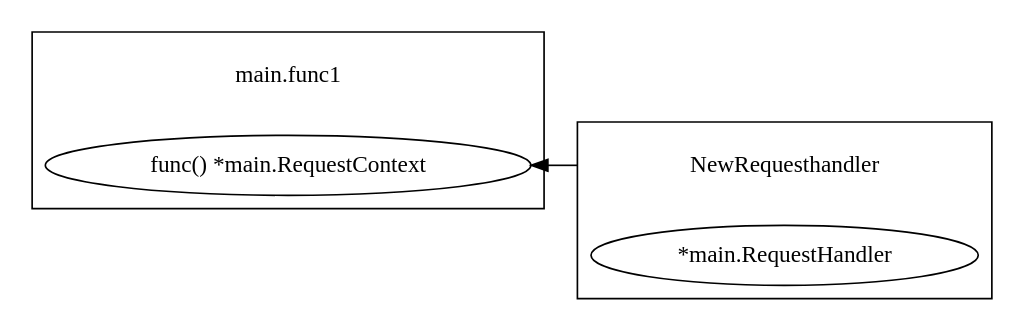
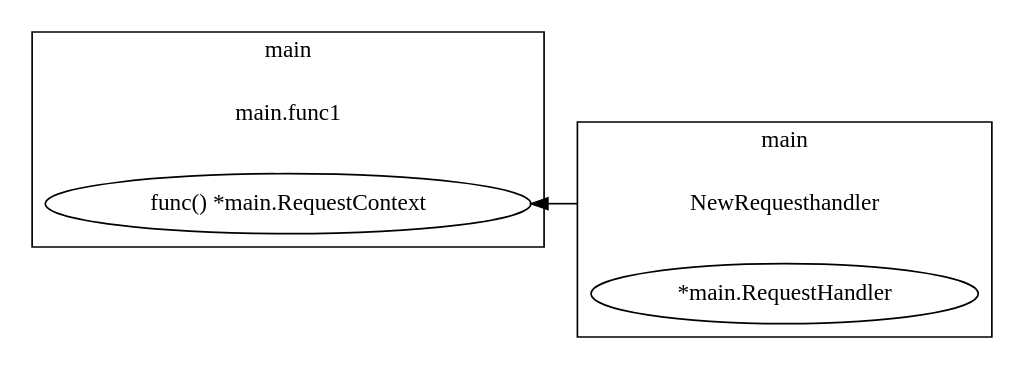
Before and after one commit to minhnq0702/golang-test-and-tips: the diagram in dependency-injection/lazy-dig/dig.gv, drawn with Graphviz. The commit also changed 1 other file, not shown here.

```diff
--- a/dependency-injection/lazy-dig/dig.gv
+++ b/dependency-injection/lazy-dig/dig.gv
@@ -1,24 +1,26 @@
 digraph {
 	rankdir=RL;
 	graph [compound=true];
 	
 		subgraph cluster_0 {
+			label = "main";
 			constructor_0 [shape=plaintext label="main.func1"];
 			
 			"func() *main.RequestContext" [label=<func() *main.RequestContext>];
 			
 		}
 		
 		
 		subgraph cluster_1 {
+			label = "main";
 			constructor_1 [shape=plaintext label="NewRequesthandler"];
 			
 			"*main.RequestHandler" [label=<*main.RequestHandler>];
 			
 		}
 		
 			constructor_1 -> "func() *main.RequestContext" [ltail=cluster_1];
 		
 		
 	
 }
```
